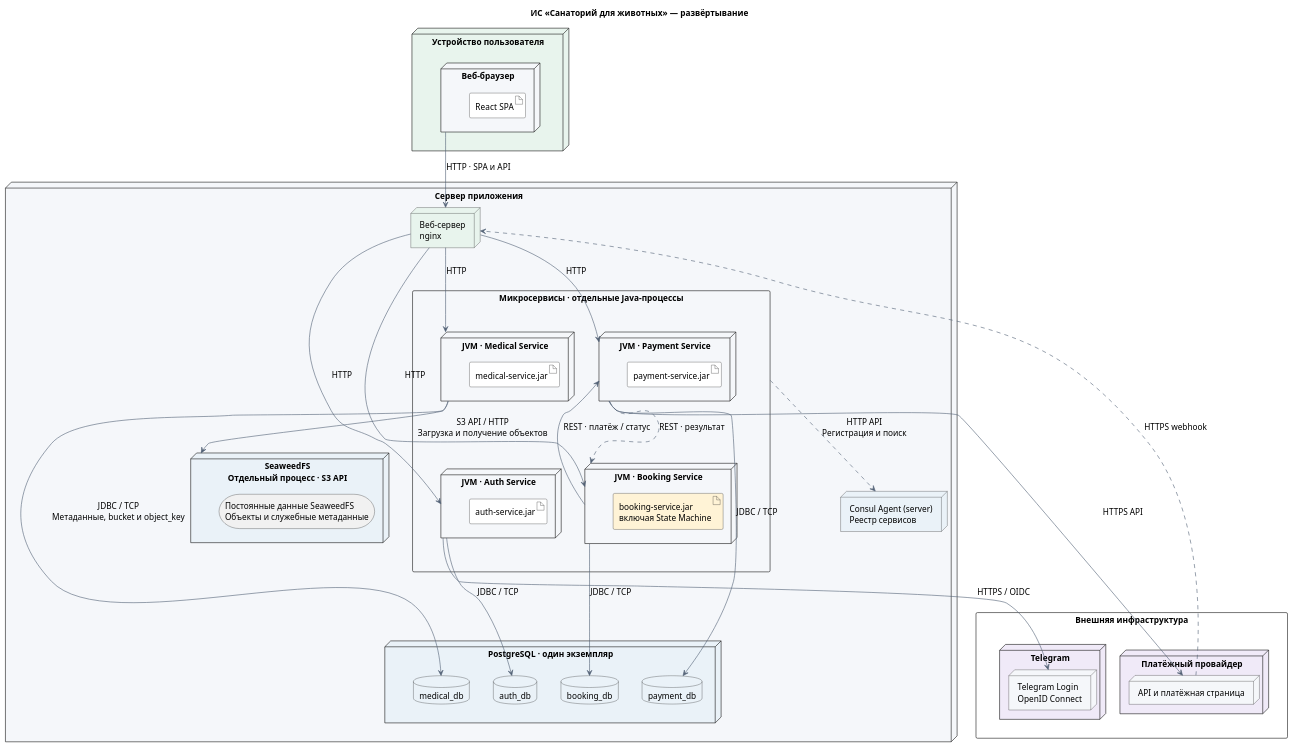
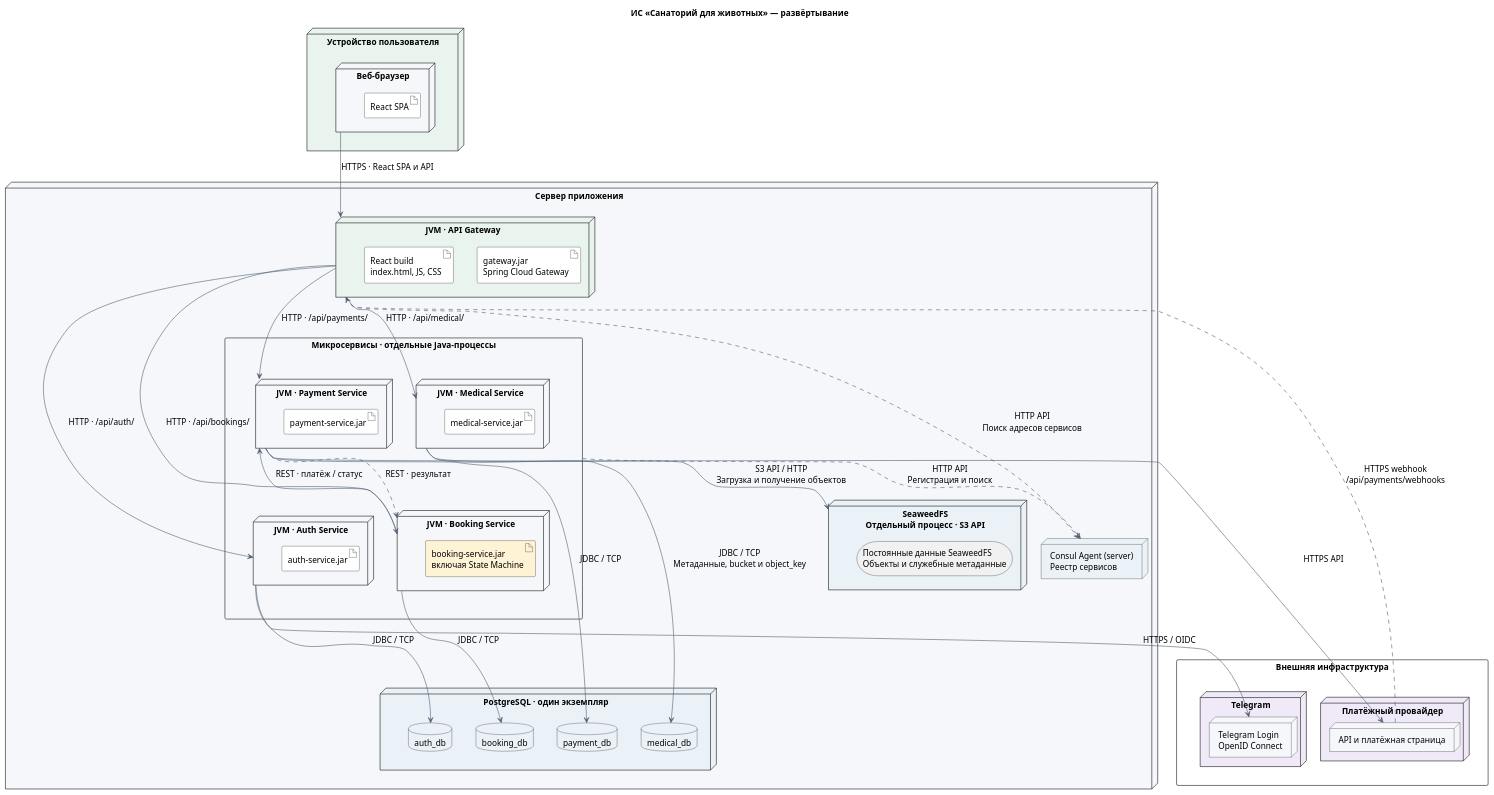
The diagram in docs/deployment.plantuml (wwwyssa/IS-course-project), drawn with PlantUML before and after one commit. The commit also changed 9 other files, not shown here.

```diff
--- a/docs/deployment.plantuml
+++ b/docs/deployment.plantuml
@@ -1,96 +1,100 @@
 @startuml
 title ИС «Санаторий для животных» — развёртывание
 top to bottom direction
 skinparam shadowing false
 skinparam defaultFontName Arial
 skinparam defaultFontSize 14
 skinparam nodeStyle rectangle
 skinparam packageStyle rectangle
 skinparam nodesep 40
 skinparam ranksep 55
 skinparam ArrowColor #526175
 skinparam nodeBackgroundColor #F5F7FA
 skinparam artifactBackgroundColor #FFFFFF
 skinparam databaseBackgroundColor #EAF2F8
 hide stereotype
 
 node "Устройство пользователя" as client <<device>> #E8F4ED {
   node "Веб-браузер" as browser <<executionEnvironment>> {
     artifact "React SPA" as frontend
   }
 }
 
 node "Сервер приложения" as helios <<device>> {
-  node "Веб-сервер\nnginx" as nginx <<executionEnvironment>> #E8F4ED 
+  node "JVM · API Gateway" as gatewayNode <<executionEnvironment>> #E8F4ED {
+    artifact "gateway.jar\nSpring Cloud Gateway" as gatewayJar
+    artifact "React build\nindex.html, JS, CSS" as reactBuild
+  }
 
   package "Микросервисы · отдельные Java-процессы" as services {
     together {
       node "JVM · Auth Service" as authNode <<executionEnvironment>> {
         artifact "auth-service.jar" as authJar
       }
       node "JVM · Booking Service" as bookingNode <<executionEnvironment>> {
         artifact "booking-service.jar\nвключая State Machine" as bookingJar #FFF3D6
       }
       node "JVM · Payment Service" as paymentNode <<executionEnvironment>> {
         artifact "payment-service.jar" as paymentJar
       }
       node "JVM · Medical Service" as medicalNode <<executionEnvironment>> {
         artifact "medical-service.jar" as medicalJar
       }
     }
   }
 
   node "PostgreSQL · один экземпляр" as dbNode <<executionEnvironment>> #EAF2F8 {
     together {
       database "auth_db" as dbAuth
       database "booking_db" as dbBooking
       database "payment_db" as dbPayment
       database "medical_db" as dbMedical
     }
   }
 
   node "SeaweedFS\nОтдельный процесс · S3 API" as storage <<executionEnvironment>> #EAF2F8 {
     storage "Постоянные данные SeaweedFS\nОбъекты и служебные метаданные" as objectData
   }
   node "Consul Agent (server)\nРеестр сервисов" as consul <<executionEnvironment>> #EAF2F8
 }
 
 package "Внешняя инфраструктура" as external {
   node "Telegram" as telegramHost <<external>> #F0EAF8 {
     node "Telegram Login\nOpenID Connect" as telegramLogin <<executionEnvironment>>
   }
   node "Платёжный провайдер" as paymentHost <<external>> #F0EAF8 {
     node "API и платёжная страница" as paymentGateway <<executionEnvironment>>
   }
 }
 
-browser -down-> nginx : HTTP · SPA и API
-nginx -down-> authNode : HTTP
-nginx -down-> bookingNode : HTTP
-nginx -down-> paymentNode : HTTP
-nginx -down-> medicalNode : HTTP
+browser -down-> gatewayNode : HTTPS · React SPA и API
+gatewayNode -down-> authNode : HTTP · /api/auth/
+gatewayNode -down-> bookingNode : HTTP · /api/bookings/
+gatewayNode -down-> paymentNode : HTTP · /api/payments/
+gatewayNode -down-> medicalNode : HTTP · /api/medical/
 
 bookingNode -right-> paymentNode : REST · платёж / статус
 paymentNode ..> bookingNode : REST · результат
 
 authNode -down-> dbAuth : JDBC / TCP
 bookingNode -down-> dbBooking : JDBC / TCP
 paymentNode -down-> dbPayment : JDBC / TCP
 medicalNode -down-> dbMedical : JDBC / TCP\nМетаданные, bucket и object_key
 medicalNode --> storage : S3 API / HTTP\nЗагрузка и получение объектов
 
 ' Общая связь заменяет четыре повторяющиеся линии регистрации.
 services ..> consul : HTTP API\nРегистрация и поиск
+gatewayNode ..> consul : HTTP API\nПоиск адресов сервисов
 
 authNode --> telegramLogin : HTTPS / OIDC
 paymentNode --> paymentGateway : HTTPS API
-paymentGateway ..> nginx : HTTPS webhook
+paymentGateway ..> gatewayNode : HTTPS webhook\n/api/payments/webhooks
 
 ' Фиксация порядка колонок и уровней без видимых линий.
 authNode -[hidden]right-> bookingNode
 paymentNode -[hidden]right-> medicalNode
 dbAuth -[hidden]right-> dbBooking
 dbBooking -[hidden]right-> dbPayment
 dbPayment -[hidden]right-> dbMedical
 dbNode -[hidden]down-> external
 @enduml
```
